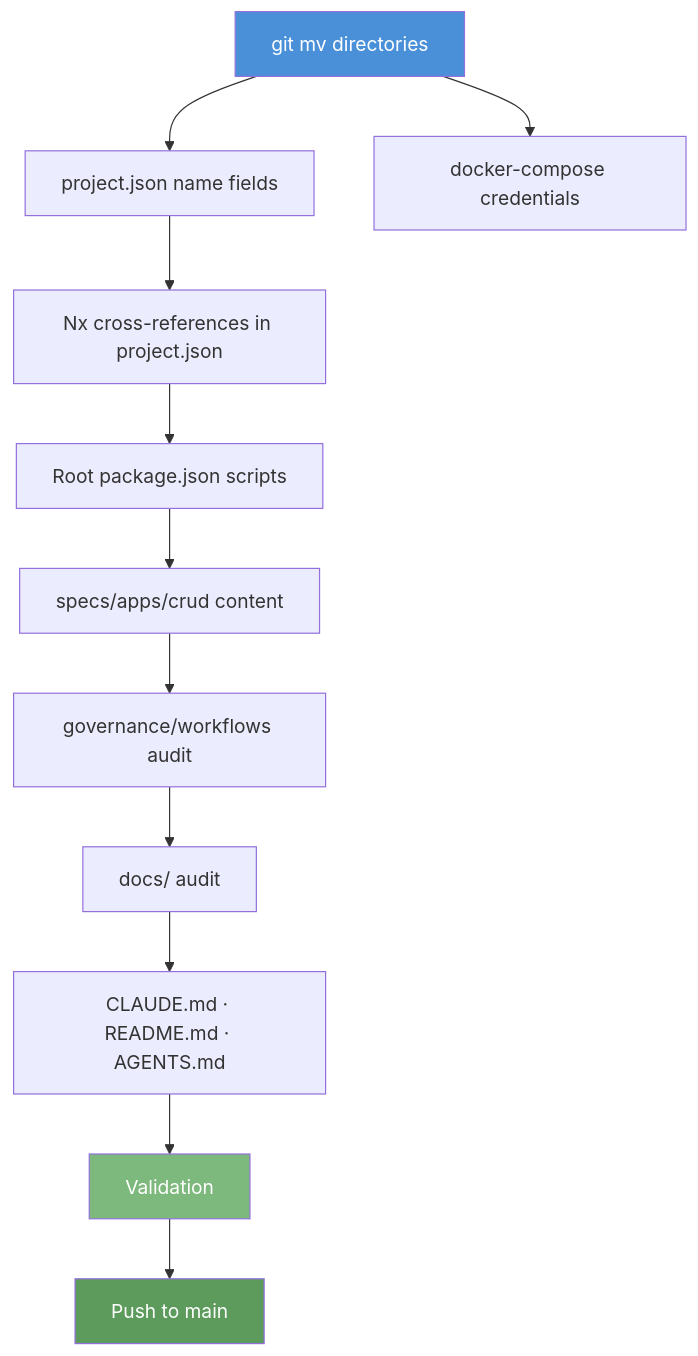
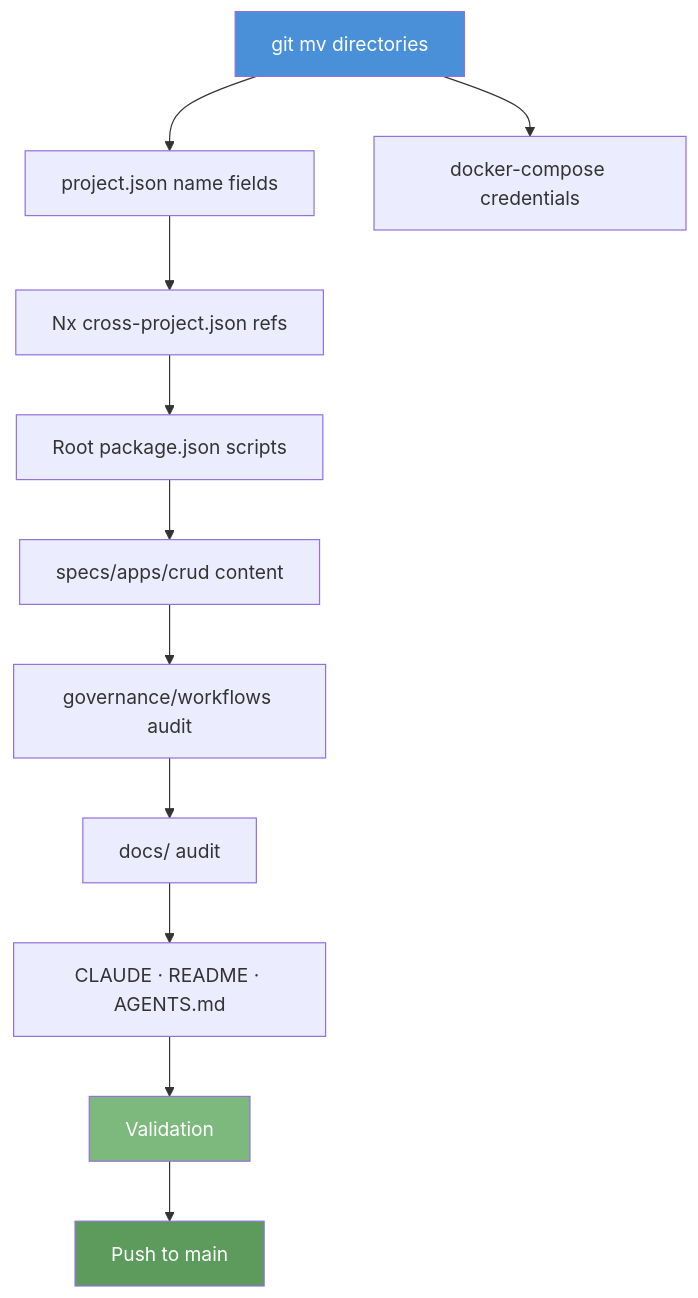
The diagram in plans/done/2026-04-26__rename-demo-to-crud/tech-docs.md (wahidyankf/ose-primer), drawn with Mermaid before and after one commit. The commit also changed 6 other files, not shown here.

Commit message:
docs: remediate mermaid violations found by broadened validate:mermaid scan

````diff
--- a/plans/done/2026-04-26__rename-demo-to-crud/tech-docs.md
+++ b/plans/done/2026-04-26__rename-demo-to-crud/tech-docs.md
@@ -66,17 +66,17 @@
 ```mermaid
 flowchart TD
     A[git mv directories] --> B[project.json name fields]
     A --> C[docker-compose credentials]
-    B --> D[Nx cross-references in project.json]
+    B --> D[Nx cross-project.json refs]
     D --> E[Root package.json scripts]
     E --> F[specs/apps/crud content]
     F --> G[governance/workflows audit]
     G --> H[docs/ audit]
-    H --> I[CLAUDE.md · README.md · AGENTS.md]
+    H --> I[CLAUDE · README · AGENTS.md]
     I --> J[Validation]
     J --> K[Push to main]
 
     style A fill:#4A90D9,color:#fff
     style J fill:#7DB87D,color:#fff
     style K fill:#5C9B5C,color:#fff
 ```
````
